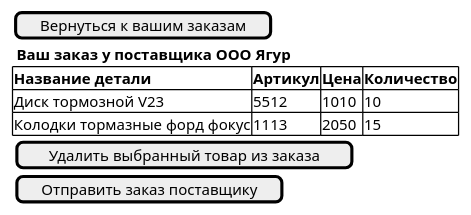
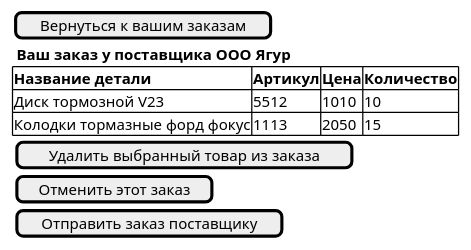
One commit to BombasticFantastik/PIS_Course_work changed the diagram in uml-диаграммы/Администратор/выбранная_заявка.puml. Above: the diagram before and after it, drawn with PlantUML. The commit also changed 21 other files, not shown here.

Commit message:
Добавил базу и 3 диаграммы пригодности (try0)

```diff
--- a/uml-диаграммы/Администратор/выбранная_заявка.puml
+++ b/uml-диаграммы/Администратор/выбранная_заявка.puml
@@ -1,17 +1,18 @@
 @startsalt Отправление заявки
 {
     [Вернуться к вашим заказам]
     <b> Ваш заказ у поставщика ООО Ягур
     {#<b>Название детали|<b>Артикул| <b>Цена| <b>Количество
     Диск тормозной V23|5512|1010|10
     Колодки тормазные форд фокус|1113|2050|15
 
     
     }
     {
         [Удалить выбранный товар из заказа]
+        [Отменить этот заказ]
         [Отправить заказ поставщику]
     }
     
 }
 @endsalt
```
